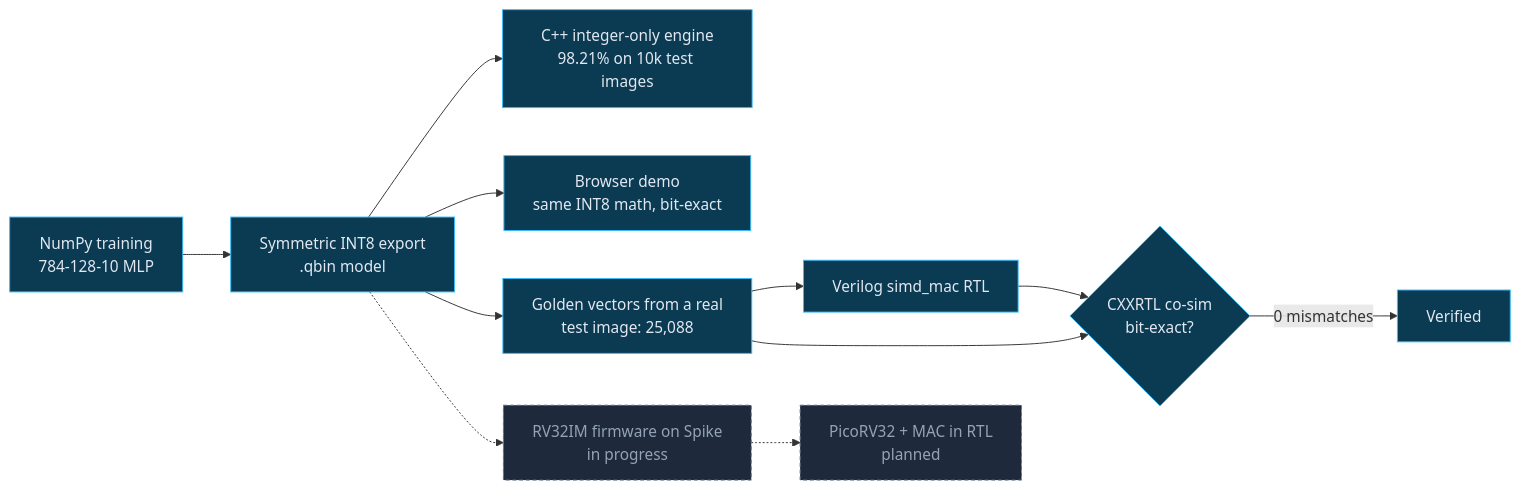
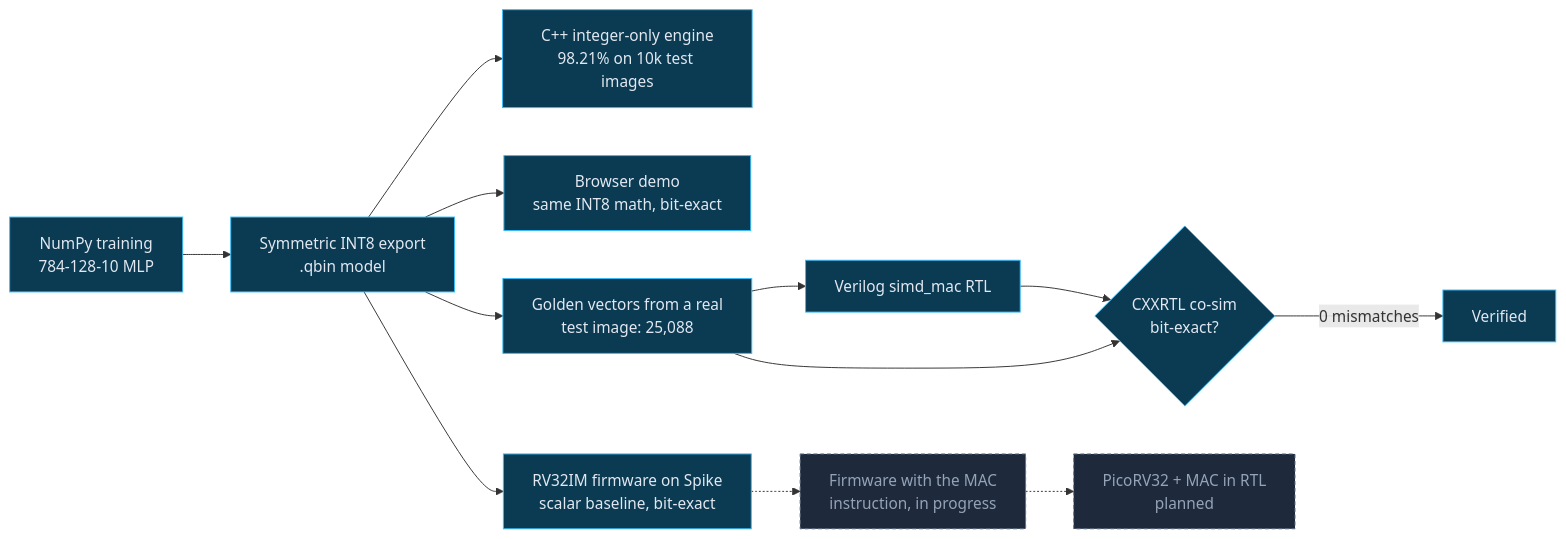
The first of 5 diagrams in README.md (sajedulislam5840/riscv-edge-ai), drawn with Mermaid before and after one commit. The commit also changed other lines of this file and 14 other files, not shown here.

Commit message:
CI, Fmax, and bare-metal firmware on Spike

````diff
--- a/README.md
+++ b/README.md
@@ -43,18 +46,19 @@
 ```mermaid
 flowchart LR
     A["NumPy training<br/>784-128-10 MLP"] --> B["Symmetric INT8 export<br/>.qbin model"]
     B --> C["C++ integer-only engine<br/>98.21% on 10k test images"]
     B --> F["Browser demo<br/>same INT8 math, bit-exact"]
     B --> D["Golden vectors from a real<br/>test image: 25,088"]
     D --> E["Verilog simd_mac RTL"]
     E --> G{"CXXRTL co-sim<br/>bit-exact?"}
     D --> G
     G -->|"0 mismatches"| H["Verified"]
-    B -.-> I["RV32IM firmware on Spike<br/>in progress"]
-    I -.-> J["PicoRV32 + MAC in RTL<br/>planned"]
+    B --> I["RV32IM firmware on Spike<br/>scalar baseline, bit-exact"]
+    I -.-> J2["Firmware with the MAC<br/>instruction, in progress"]
+    J2 -.-> J["PicoRV32 + MAC in RTL<br/>planned"]
 
     classDef done fill:#0b3a53,stroke:#38bdf8,color:#e2e8f0
     classDef todo fill:#1e293b,stroke:#64748b,color:#94a3b8,stroke-dasharray:4 3
-    class A,B,C,D,E,F,G,H done
-    class I,J todo
+    class A,B,C,D,E,F,G,H,I done
+    class J2,J todo
 ```
````
